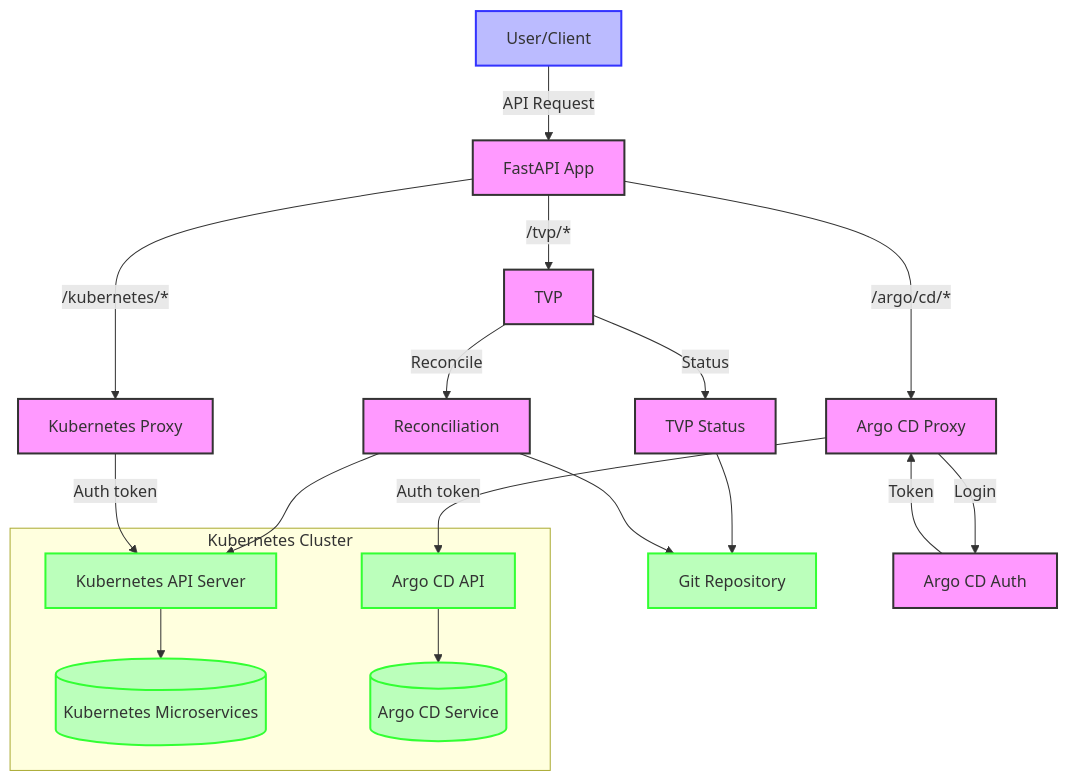
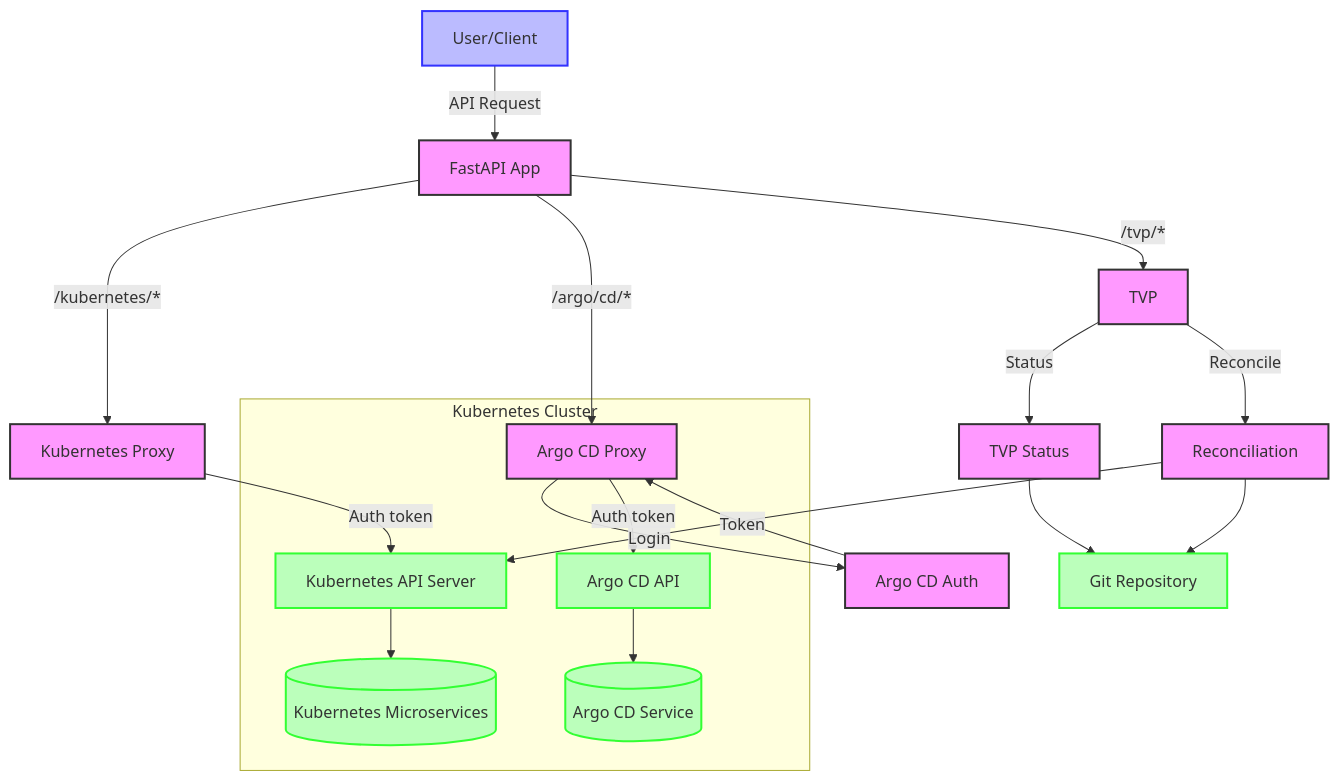
The diagram in fastapi/mermaid/data-flow-diagram.mermaid (lloydchang/tvp-k8s), drawn with Mermaid before and after one commit.

```diff
--- a/fastapi/mermaid/data-flow-diagram.mermaid
+++ b/fastapi/mermaid/data-flow-diagram.mermaid
@@ -1,31 +1,31 @@
 flowchart TD
     User[User/Client] -->|API Request| API[FastAPI App]
     
     API -->|/kubernetes/*| KP[Kubernetes Proxy]
     API -->|/argo/cd/*| AP[Argo CD Proxy]
     API -->|/tvp/*| TVP[TVP]
         
     TVP -->|Status| TS[TVP Status]
     TVP -->|Reconcile| R[Reconciliation]
     
     TS --> Git[Git Repository]
     R --> Git
     R --> KA
 
     KP -->|Auth token| KA[Kubernetes API Server]
     AP -->|Login| Auth[Argo CD Auth]
     Auth -->|Token| AP
-    AP -->|Auth token| AA[Argo CD API]
 
     subgraph "Kubernetes Cluster"
+        AP -->|Auth token| AA[Argo CD API]
         KA --> Kubernetes[(Kubernetes Microservices)]
         AA --> ArgoCD[(Argo CD Service)]
     end
     
     classDef user fill:#bbf,stroke:#33f,stroke-width:2px
     classDef app fill:#f9f,stroke:#333,stroke-width:2px
     classDef external fill:#bfb,stroke:#3f3,stroke-width:2px
     
     class User user
     class API,KP,AP,TVP,TS,R,Auth app
     class Kubernetes,ArgoCD,Git,KA,AA external
```
